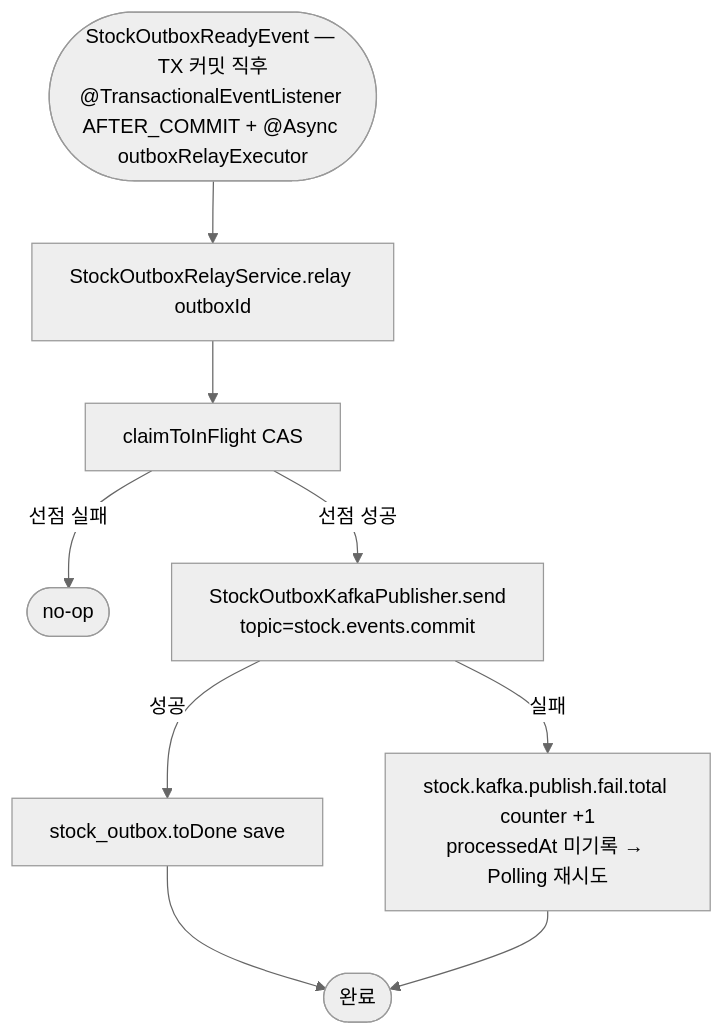
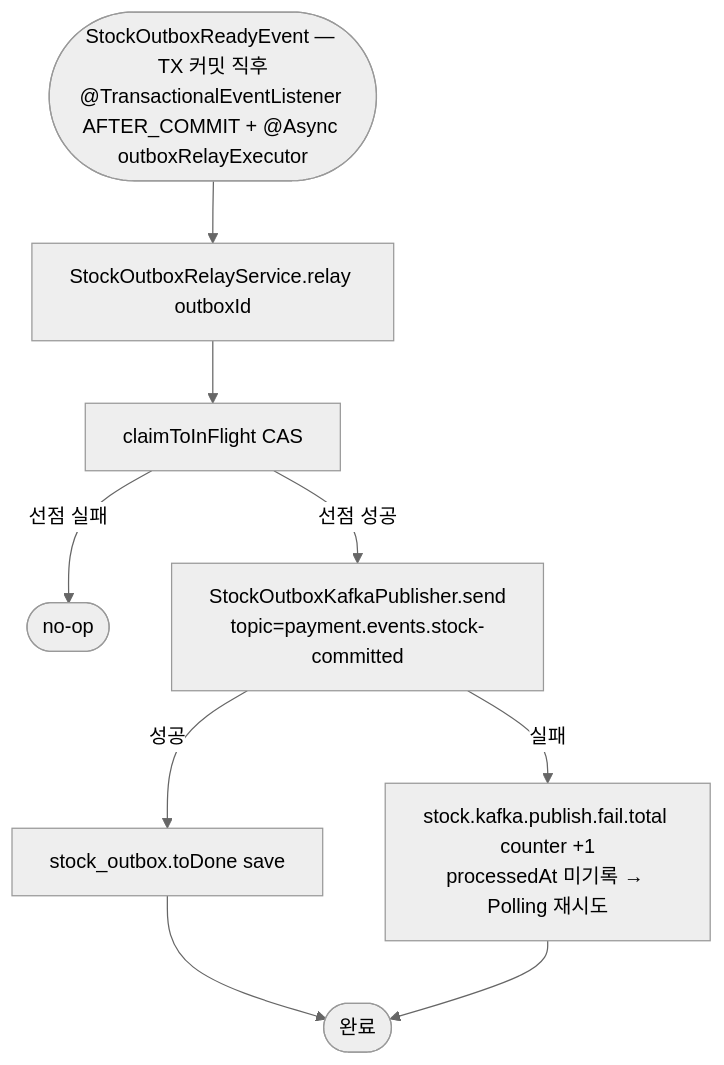
Before and after one commit to hyoguoo/payment-platform: the seventh of 9 diagrams in docs/context/CONFIRM-FLOW-FLOWCHART.md, drawn with Mermaid (neutral theme). The commit also changed other lines of this file and 185 other files, not shown here.

First line of the commit message:
docs: 워크플로우 식별자 / ADR 키워드 / 폐기 클래스 잔재 일괄 정리

````diff
--- a/docs/context/CONFIRM-FLOW-FLOWCHART.md
+++ b/docs/context/CONFIRM-FLOW-FLOWCHART.md
@@ -142,13 +142,13 @@
 ```mermaid
 flowchart TD
     AE([StockOutboxReadyEvent — TX 커밋 직후<br/>@TransactionalEventListener AFTER_COMMIT + @Async outboxRelayExecutor]) --> RELAY[StockOutboxRelayService.relay outboxId]
 
     RELAY --> CL[claimToInFlight CAS]
     CL -->|선점 실패| SKIP([no-op])
-    CL -->|선점 성공| SEND[StockOutboxKafkaPublisher.send<br/>topic=stock.events.commit]
+    CL -->|선점 성공| SEND[StockOutboxKafkaPublisher.send<br/>topic=payment.events.stock-committed]
 
     SEND -->|성공| DONE[stock_outbox.toDone save]
     SEND -->|실패| LOG_FAIL[stock.kafka.publish.fail.total counter +1<br/>processedAt 미기록 → Polling 재시도]
     DONE --> END([완료])
     LOG_FAIL --> END
 ```
````
